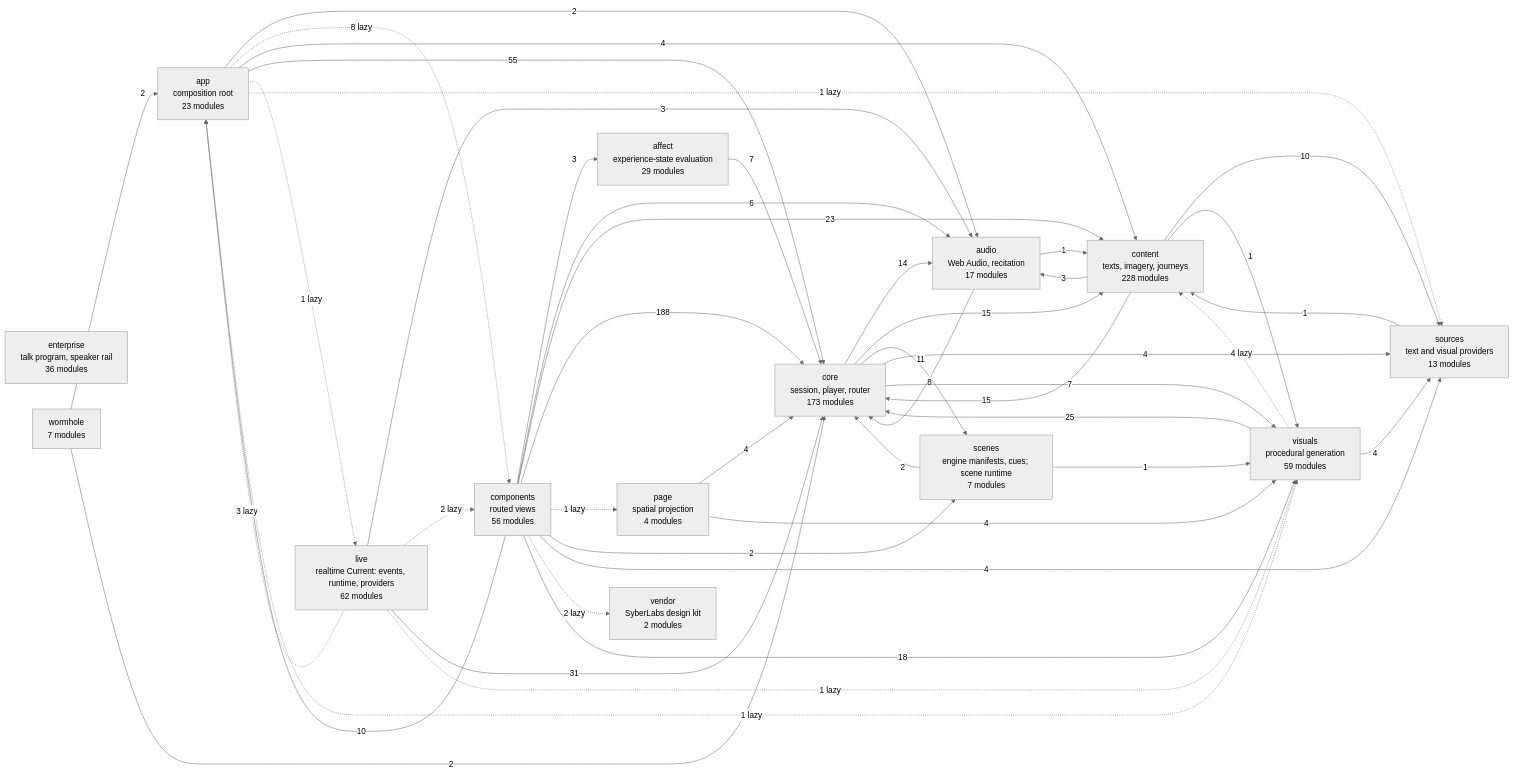
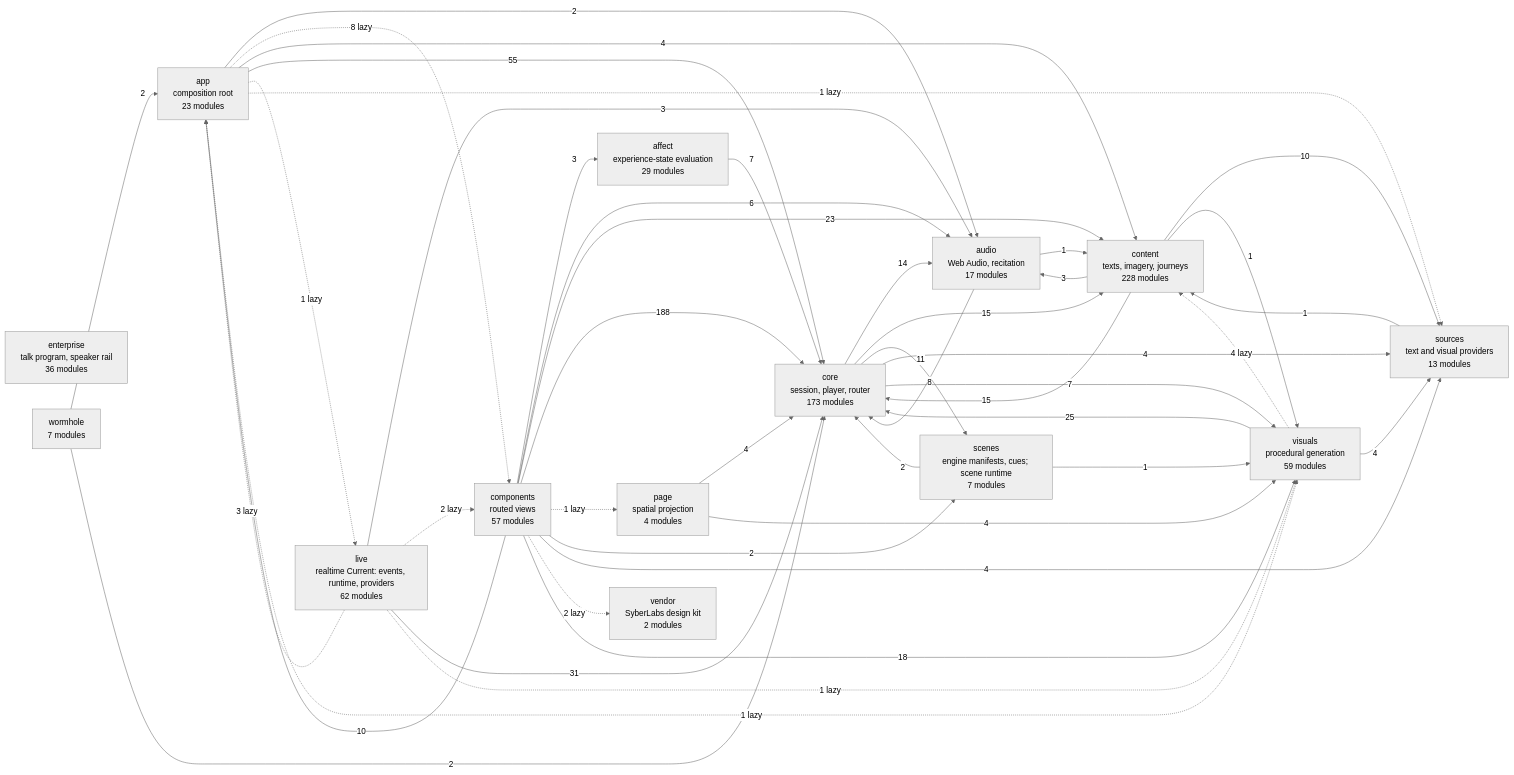
Before and after one commit to SyberLabs/RISE: the diagram in docs/specs/ARCHITECTURE.md, drawn with Mermaid (neutral theme). The commit also changed 9 other files, not shown here.

````diff
--- a/docs/specs/ARCHITECTURE.md
+++ b/docs/specs/ARCHITECTURE.md
@@ -161,62 +161,62 @@
 ```mermaid
 flowchart LR
     affect["affect<br/>experience-state evaluation<br/>29 modules"]
     app["app<br/>composition root<br/>23 modules"]
     audio["audio<br/>Web Audio, recitation<br/>17 modules"]
-    components["components<br/>routed views<br/>56 modules"]
+    components["components<br/>routed views<br/>57 modules"]
     content["content<br/>texts, imagery, journeys<br/>228 modules"]
     core["core<br/>session, player, router<br/>173 modules"]
     enterprise["enterprise<br/>talk program, speaker rail<br/>36 modules"]
     live["live<br/>realtime Current: events, runtime, providers<br/>62 modules"]
     page["page<br/>spatial projection<br/>4 modules"]
     scenes["scenes<br/>engine manifests, cues; scene runtime<br/>7 modules"]
     sources["sources<br/>text and visual providers<br/>13 modules"]
     vendor["vendor<br/>SyberLabs design kit<br/>2 modules"]
     visuals["visuals<br/>procedural generation<br/>59 modules"]
     wormhole["wormhole<br/>7 modules"]
 
     affect --> |7| core
     app --> |2| audio
     app -.-> |8 lazy| components
     app --> |4| content
     app --> |55| core
     app -.-> |1 lazy| live
     app -.-> |1 lazy| sources
     app -.-> |1 lazy| visuals
     audio --> |1| content
     audio --> |8| core
     components --> |3| affect
     components --> |10| app
     components --> |6| audio
     components --> |23| content
     components --> |188| core
     components -.-> |1 lazy| page
     components --> |2| scenes
     components --> |4| sources
     components -.-> |2 lazy| vendor
     components --> |18| visuals
     content --> |3| audio
     content --> |15| core
     content --> |10| sources
     content --> |1| visuals
     core --> |14| audio
     core --> |15| content
     core --> |11| scenes
     core --> |4| sources
     core --> |7| visuals
     live -.-> |3 lazy| app
     live --> |3| audio
     live -.-> |2 lazy| components
     live --> |31| core
     live -.-> |1 lazy| visuals
     page --> |4| core
     page --> |4| visuals
     scenes --> |2| core
     scenes --> |1| visuals
     sources --> |1| content
     visuals -.-> |4 lazy| content
     visuals --> |25| core
     visuals --> |4| sources
     wormhole --> |2| app
     wormhole --> |2| core
 ```
````
